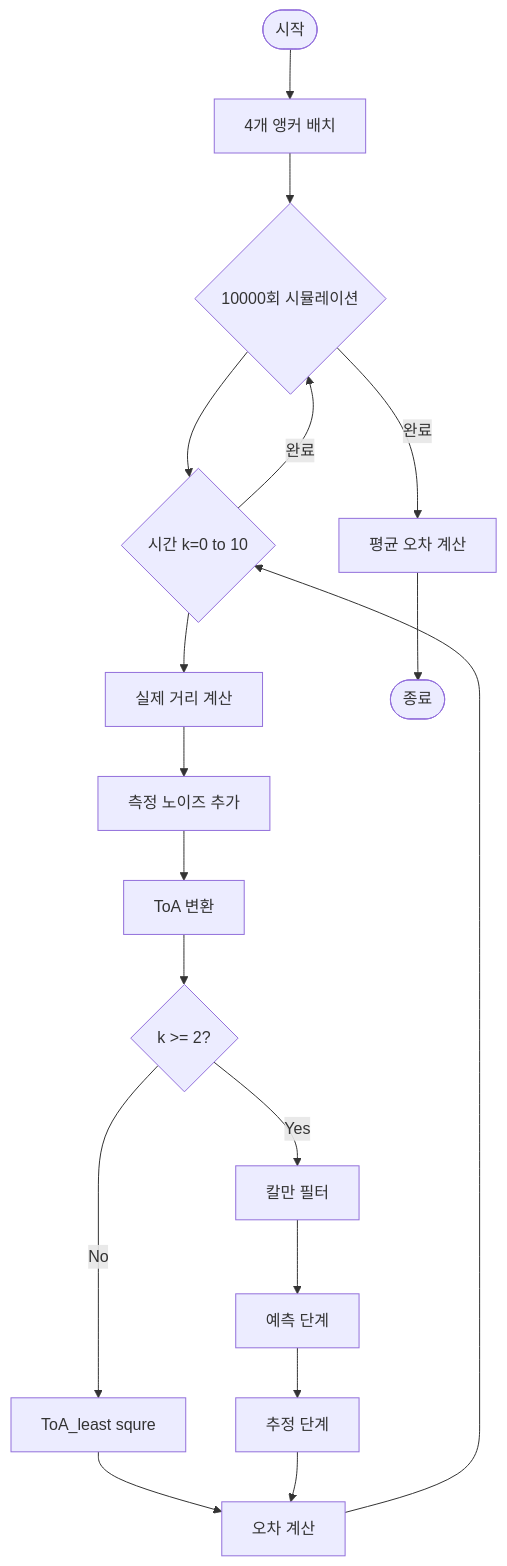
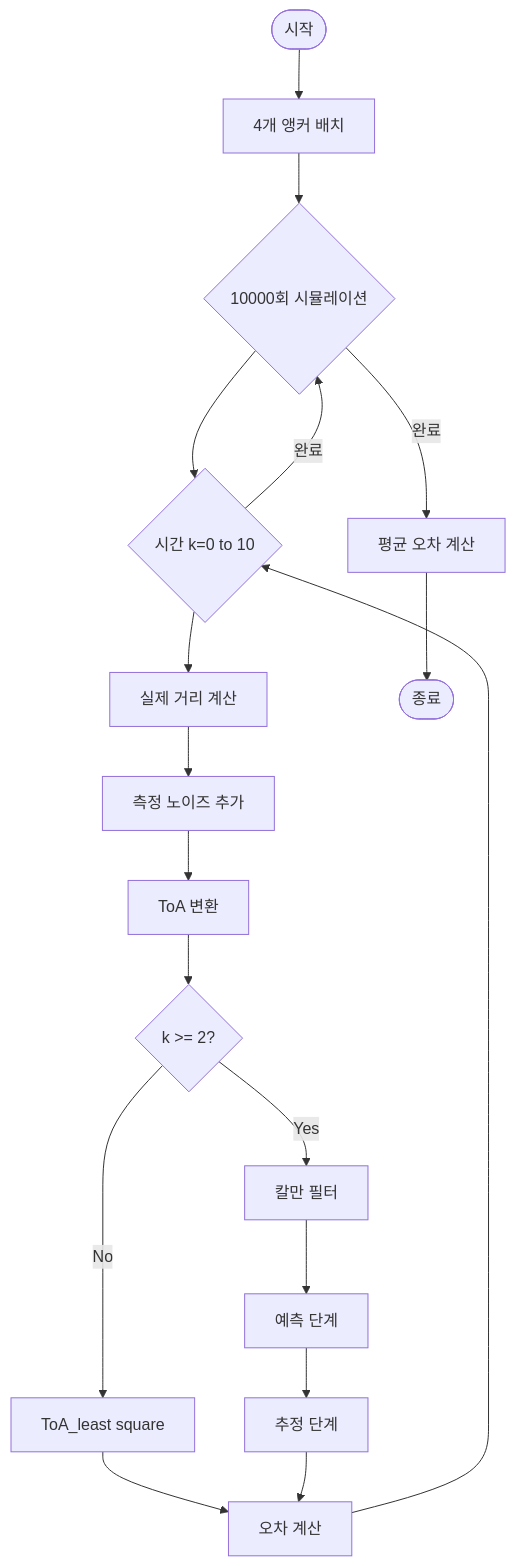
The diagram in README.md (Yongseok1221/Kalman_Filter_ToA), drawn with Mermaid before and after one commit.

Commit message:
Fix typo in README.md for 'least square'

````diff
--- a/README.md
+++ b/README.md
@@ -2,30 +2,30 @@
 ```mermaid
 flowchart TD
     Start([시작]) --> Init[4개 앵커 배치]
     Init --> SimLoop{10000회 시뮬레이션}
     
     SimLoop --> TimeLoop{시간 k=0 to 10}
     
     TimeLoop --> CalcDist[실제 거리 계산]
     CalcDist --> AddNoise[측정 노이즈 추가]
     AddNoise --> ToA[ToA 변환]
     
     ToA --> CheckK{k >= 2?}
     
-    CheckK -->|No| LSE[ToA_least squre]
+    CheckK -->|No| LSE[ToA_least square]
     CheckK -->|Yes| KF[칼만 필터]
     
     KF --> Predict[예측 단계]
     Predict --> Update[추정 단계]
     
     LSE --> CalcError[오차 계산]
     Update --> CalcError
     
     CalcError --> TimeLoop
     
     TimeLoop -->|완료| SimLoop
     SimLoop -->|완료| AvgError[평균 오차 계산]
     
     AvgError --> End([종료])
     
 ```
````
